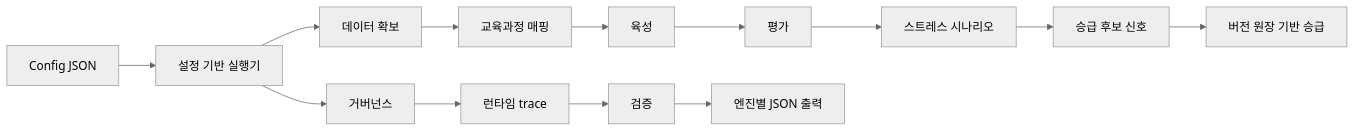
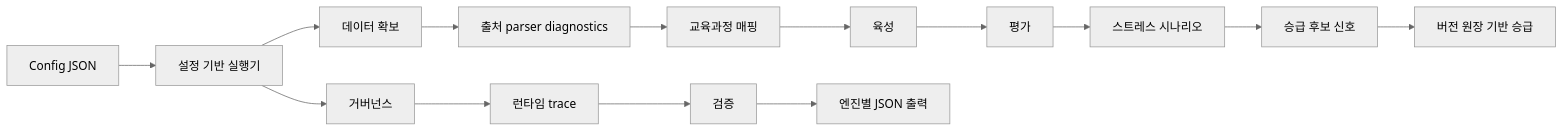
One commit to sinmb79/22b-paideia-engines changed the diagram in README.ko.md. Above: the diagram before and after it, drawn with Mermaid (neutral theme). The commit also changed other lines of this file and 27 other files, not shown here.

````diff
--- a/README.ko.md
+++ b/README.ko.md
@@ -23,15 +24,16 @@
 ```mermaid
 flowchart LR
     Config["Config JSON"] --> Runner["설정 기반 실행기"]
     Runner --> Data["데이터 확보"]
-    Data --> Curriculum["교육과정 매핑"]
+    Data --> Parser["출처 parser diagnostics"]
+    Parser --> Curriculum["교육과정 매핑"]
     Curriculum --> Cultivation["육성"]
     Cultivation --> Assessment["평가"]
     Assessment --> Stress["스트레스 시나리오"]
     Stress --> Signal["승급 후보 신호"]
     Signal --> Promotion["버전 원장 기반 승급"]
     Runner --> Governance["거버넌스"]
     Governance --> Runtime["런타임 trace"]
     Runtime --> Verification["검증"]
     Verification --> Outputs["엔진별 JSON 출력"]
 ```
````
